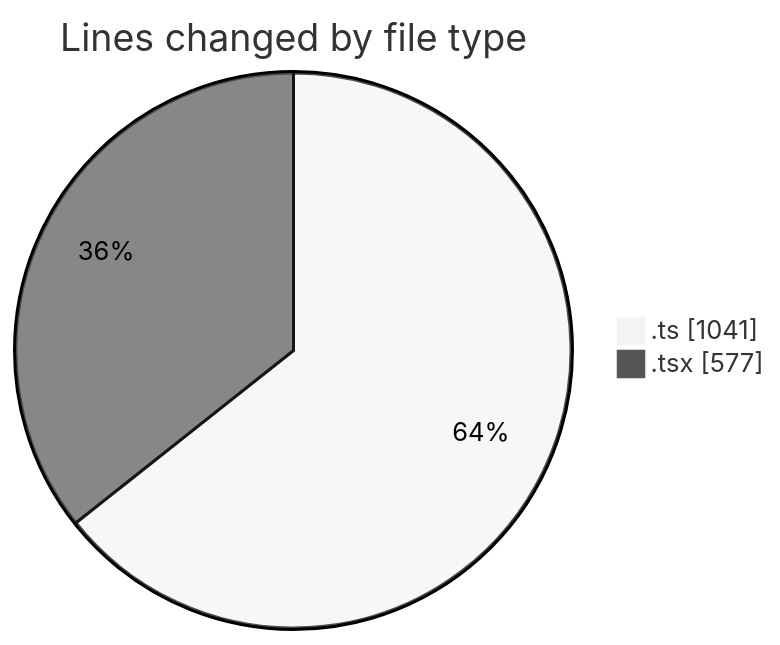
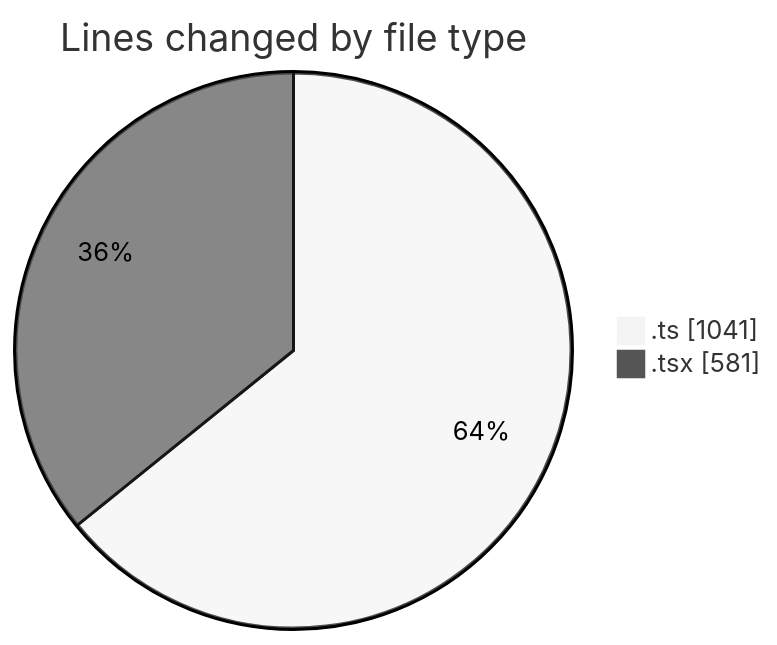
Before and after one commit to momahboobian/code-tracking: the first of 2 diagrams in 2025-09-02/cda/README.md, drawn with Mermaid (neutral theme). The commit also changed other lines of this file and 1 other file, not shown here.

````diff
--- a/2025-09-02/cda/README.md
+++ b/2025-09-02/cda/README.md
@@ -28,6 +28,6 @@
 ```mermaid
 pie showData
 title Lines changed by file type
 ".ts" : 1041
-".tsx" : 577
+".tsx" : 581
 ```
````
